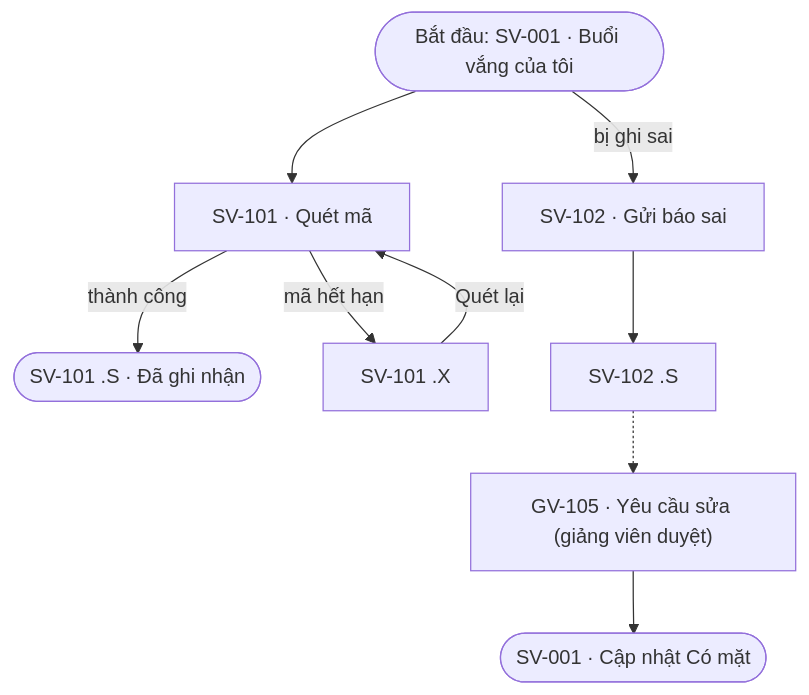
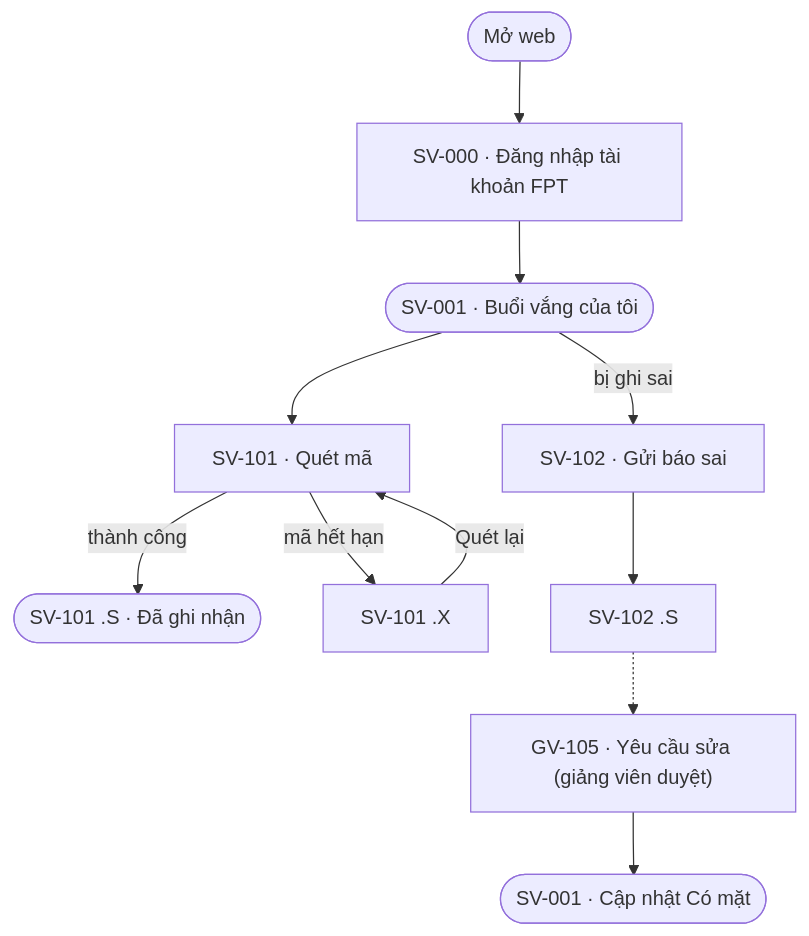
The sixth of 6 diagrams in ux/user-flow.md (thiengthb/prm323-lab2-SE190533), drawn with Mermaid before and after one commit. The commit also changed other lines of this file and 5 other files, not shown here.

First line of the commit message:
Vòng đời đầy đủ: đăng nhập, đăng ký, kỳ mới, đăng nhập web SV; sửa nhóm E (D-16..D-19)

````diff
--- a/ux/user-flow.md
+++ b/ux/user-flow.md
@@ -135,9 +170,10 @@
 ```mermaid
 flowchart TD
-    A(["Bắt đầu: SV-001 · Buổi vắng của tôi"]) --> B["SV-101 · Quét mã"]
+    S(["Mở web"]) --> L["SV-000 · Đăng nhập tài khoản FPT"] --> A
+    A(["SV-001 · Buổi vắng của tôi"]) --> B["SV-101 · Quét mã"]
     B -->|"thành công"| C(["SV-101 .S · Đã ghi nhận"])
     B -->|"mã hết hạn"| X["SV-101 .X"] -->|"Quét lại"| B
     A -->|"bị ghi sai"| D["SV-102 · Gửi báo sai"] --> E["SV-102 .S"]
     E -.-> F["GV-105 · Yêu cầu sửa (giảng viên duyệt)"]
     F --> G(["SV-001 · Cập nhật Có mặt"])
 ```
````
